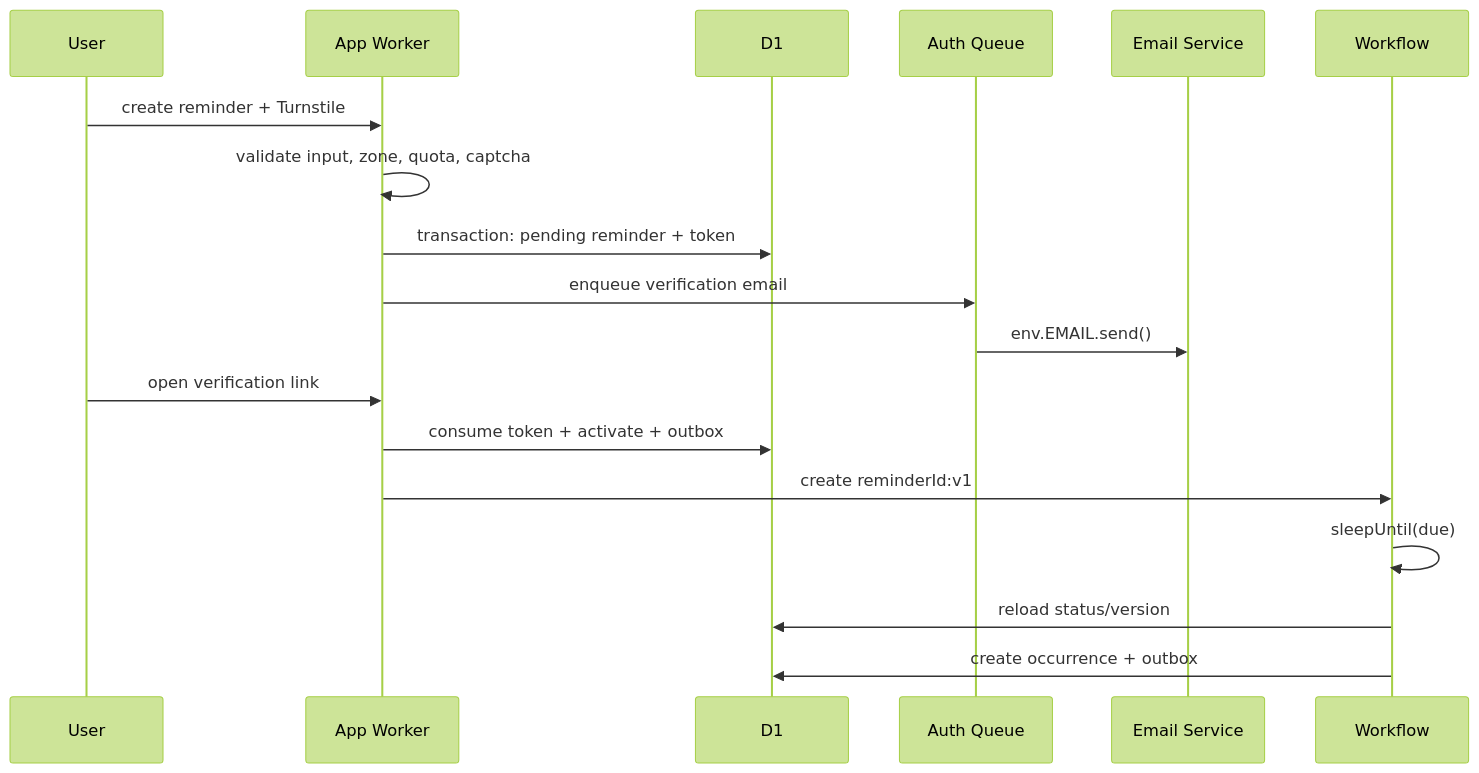
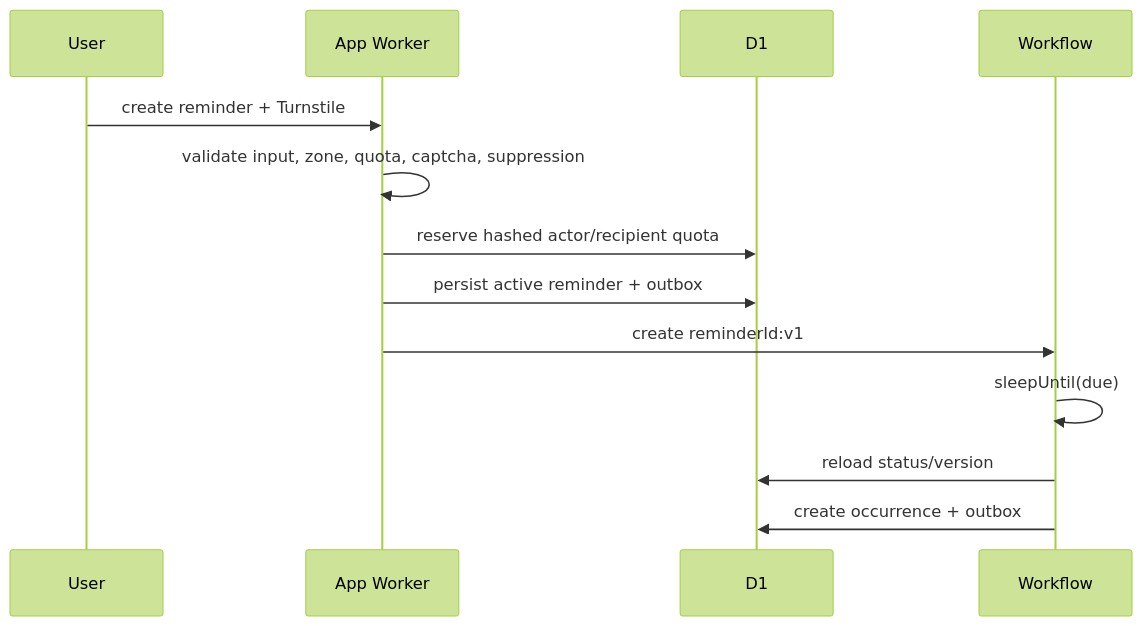
Before and after one commit to fulln/reminder-work: the third of 3 diagrams in docs/architecture.md, drawn with Mermaid (forest theme). The commit also changed other lines of this file and 65 other files, not shown here.

First line of the commit message:
Make reminder delivery immediate while preserving recipient control

````diff
--- a/docs/architecture.md
+++ b/docs/architecture.md
@@ -522,21 +522,16 @@
 ```mermaid
 sequenceDiagram
     participant U as User
     participant A as App Worker
     participant D as D1
-    participant Q as Auth Queue
-    participant E as Email Service
     participant W as Workflow
 
     U->>A: create reminder + Turnstile
-    A->>A: validate input, zone, quota, captcha
-    A->>D: transaction: pending reminder + token
-    A->>Q: enqueue verification email
-    Q->>E: env.EMAIL.send()
-    U->>A: open verification link
-    A->>D: consume token + activate + outbox
+    A->>A: validate input, zone, quota, captcha, suppression
+    A->>D: reserve hashed actor/recipient quota
+    A->>D: persist active reminder + outbox
     A->>W: create reminderId:v1
     W->>W: sleepUntil(due)
     W->>D: reload status/version
     W->>D: create occurrence + outbox
 ```
````
